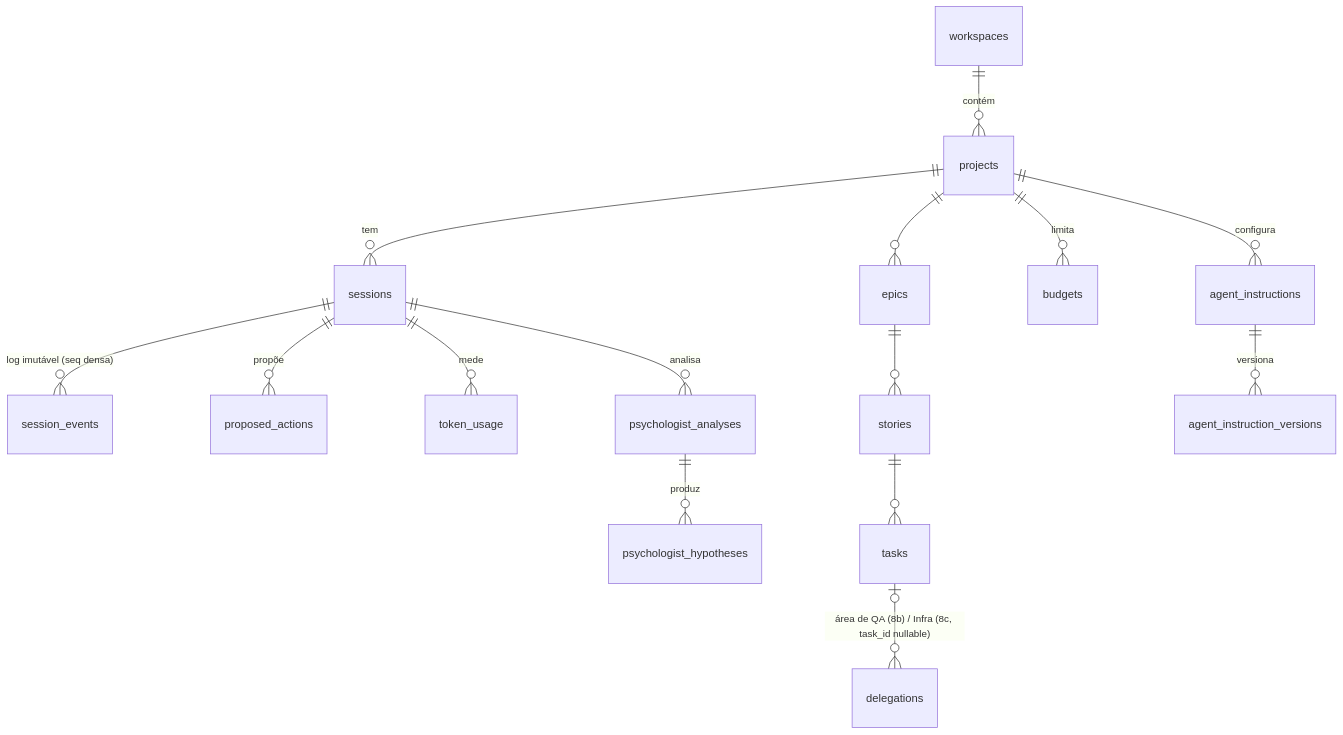
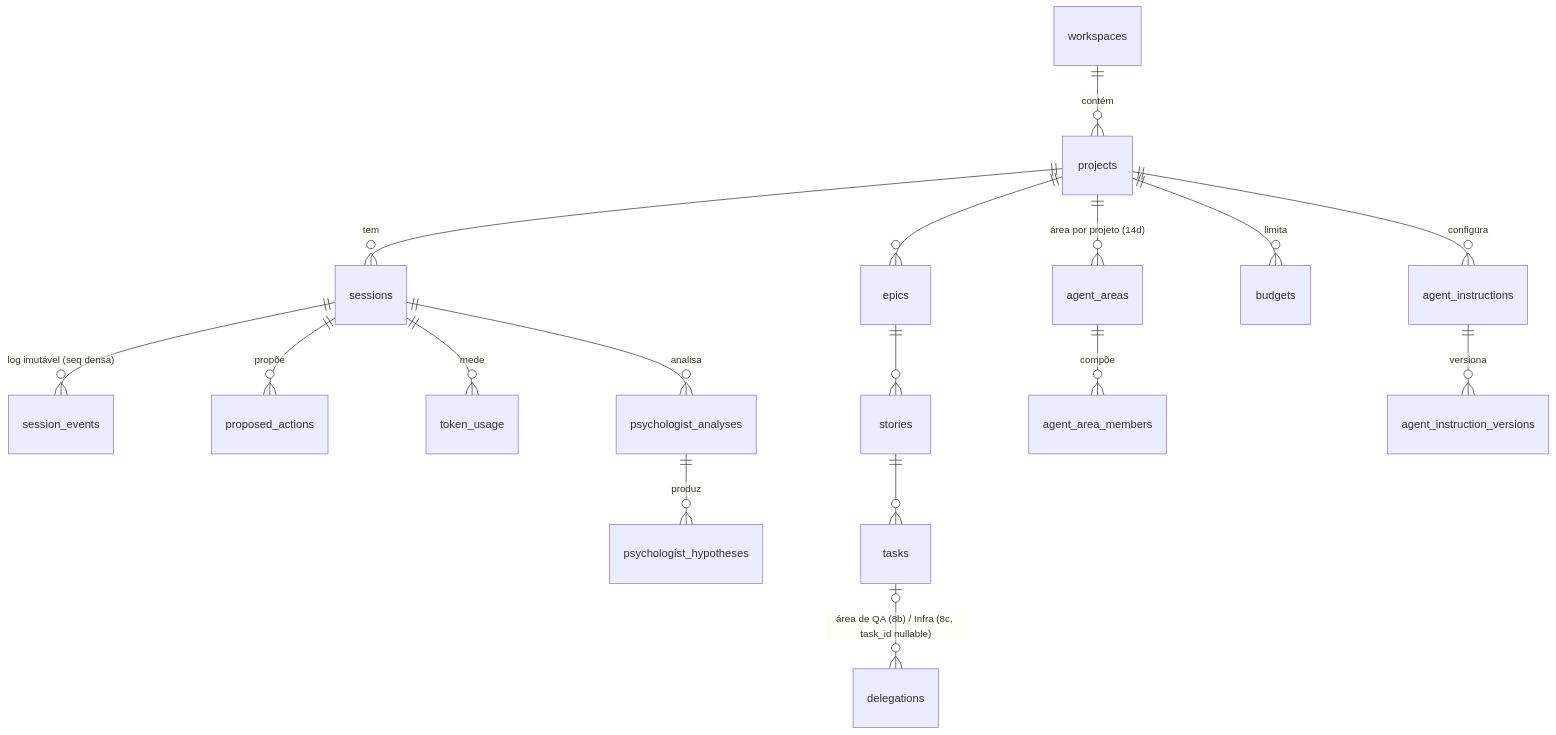
One commit to daneiel/brabo changed the third of 3 diagrams in docs/architecture.md. Above: the diagram before and after it, drawn with Mermaid. The commit also changed other lines of this file, not shown here.

First line of the commit message:
docs: architecture.md registra agent_areas no modelo de dados

````diff
--- a/docs/architecture.md
+++ b/docs/architecture.md
@@ -349,17 +349,19 @@
 ```mermaid
 erDiagram
   workspaces ||--o{ projects : contém
   projects ||--o{ sessions : tem
   sessions ||--o{ session_events : "log imutável (seq densa)"
   sessions ||--o{ proposed_actions : propõe
   projects ||--o{ epics : ""
   epics ||--o{ stories : ""
   stories ||--o{ tasks : ""
   tasks |o--o{ delegations : "área de QA (8b) / Infra (8c, task_id nullable)"
+  projects ||--o{ agent_areas : "área por projeto (14d)"
+  agent_areas ||--o{ agent_area_members : compõe
   projects ||--o{ budgets : limita
   sessions ||--o{ token_usage : mede
   projects ||--o{ agent_instructions : configura
   agent_instructions ||--o{ agent_instruction_versions : versiona
   sessions ||--o{ psychologist_analyses : analisa
   psychologist_analyses ||--o{ psychologist_hypotheses : produz
 ```
````
